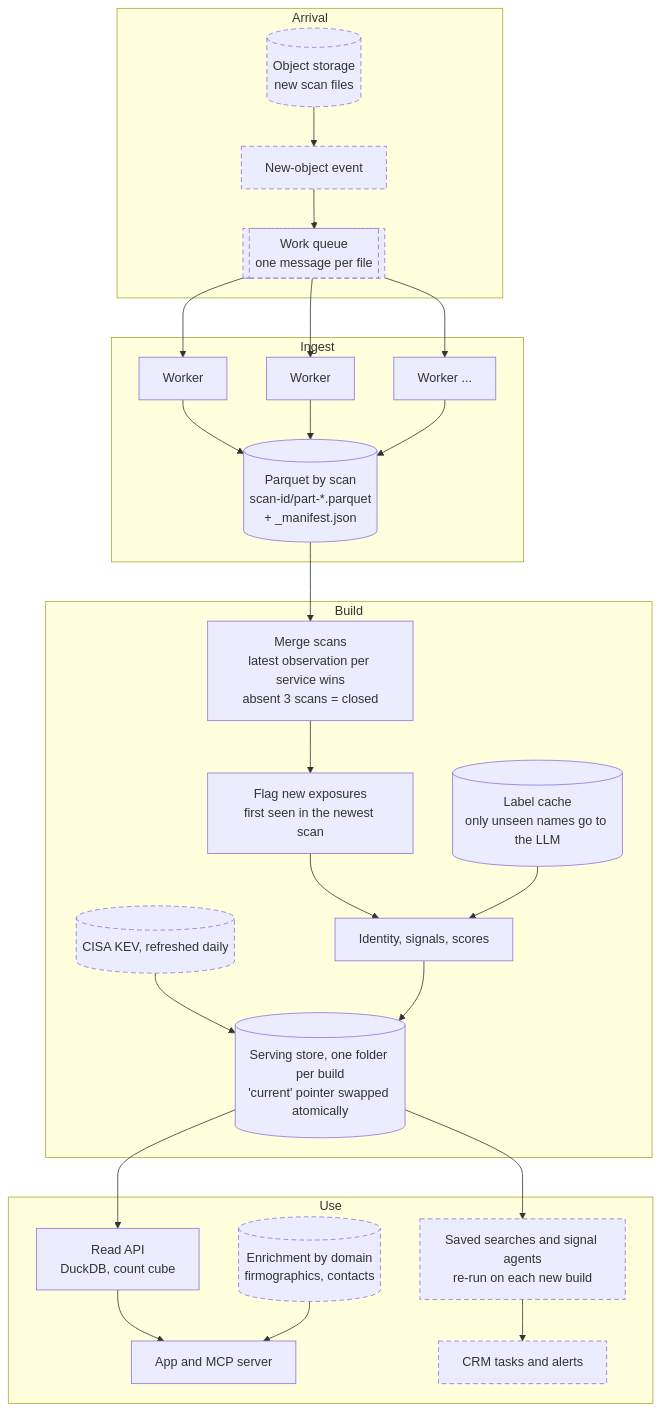
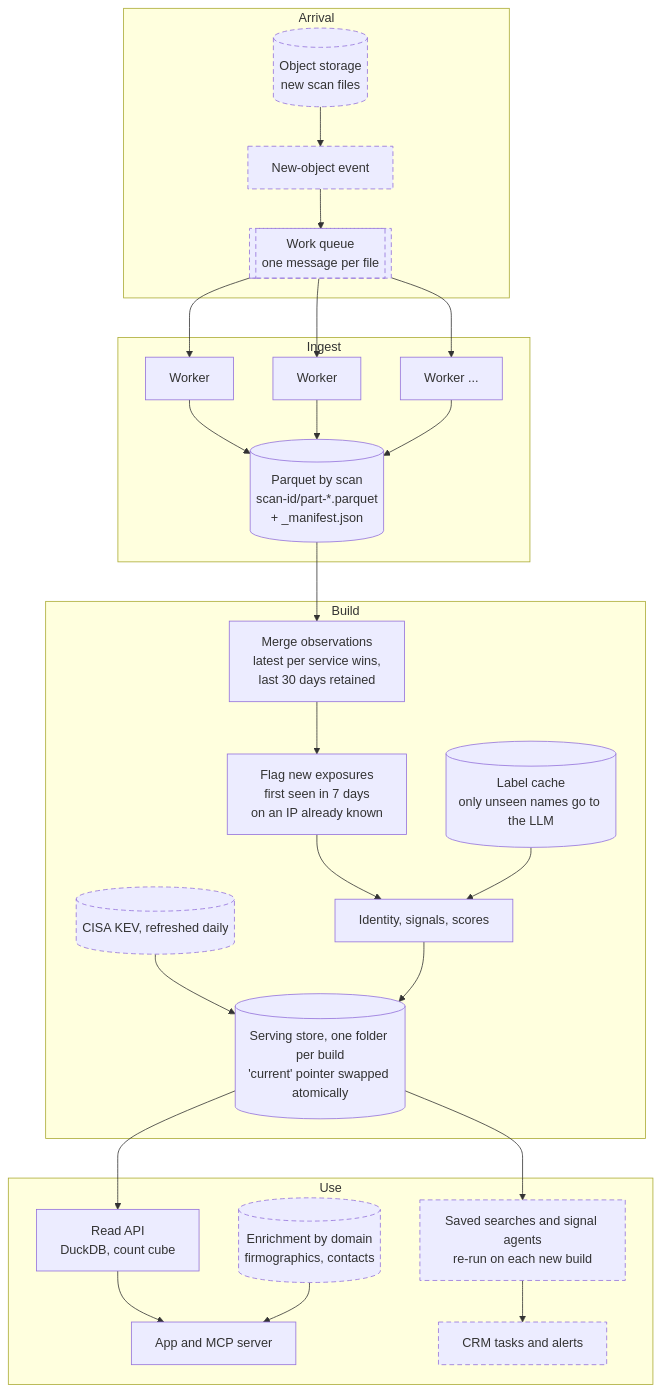
The third of 6 diagrams in docs/architecture.md (SahilChoudhary22/recon-sales-intelligence), drawn with Mermaid before and after one commit. The commit also changed other lines of this file and 14 other files, not shown here.

````diff
--- a/docs/architecture.md
+++ b/docs/architecture.md
@@ -42,27 +61,27 @@
 ```mermaid
 flowchart TB
   subgraph arrive["Arrival"]
     bucket[("Object storage<br/>new scan files")]:::designed --> event["New-object event"]:::designed
     event --> queue[["Work queue<br/>one message per file"]]:::designed
   end
   subgraph ingest["Ingest"]
     queue --> w1["Worker"] & w2["Worker"] & w3["Worker ..."]
     w1 & w2 & w3 --> lake[("Parquet by scan<br/>scan-id/part-*.parquet<br/>+ _manifest.json")]
   end
   subgraph build["Build"]
-    lake --> merge["Merge scans<br/>latest observation per service wins<br/>absent 3 scans = closed"]
-    merge --> fresh["Flag new exposures<br/>first seen in the newest scan"]
+    lake --> merge["Merge observations<br/>latest per service wins,<br/>last 30 days retained"]
+    merge --> fresh["Flag new exposures<br/>first seen in 7 days<br/>on an IP already known"]
     fresh --> score["Identity, signals, scores"]
     labels[("Label cache<br/>only unseen names go to the LLM")] --> score
     kev[("CISA KEV, refreshed daily")]:::designed --> index
     score --> index[("Serving store, one folder per build<br/>'current' pointer swapped atomically")]
   end
   subgraph use["Use"]
     index --> api["Read API<br/>DuckDB, count cube"]
     api --> app["App and MCP server"]
     index --> agents["Saved searches and signal agents<br/>re-run on each new build"]:::designed
     agents --> crm["CRM tasks and alerts"]:::designed
     enrich[("Enrichment by domain<br/>firmographics, contacts")]:::designed --> app
   end
   classDef designed stroke-dasharray: 6 4
 ```
````
